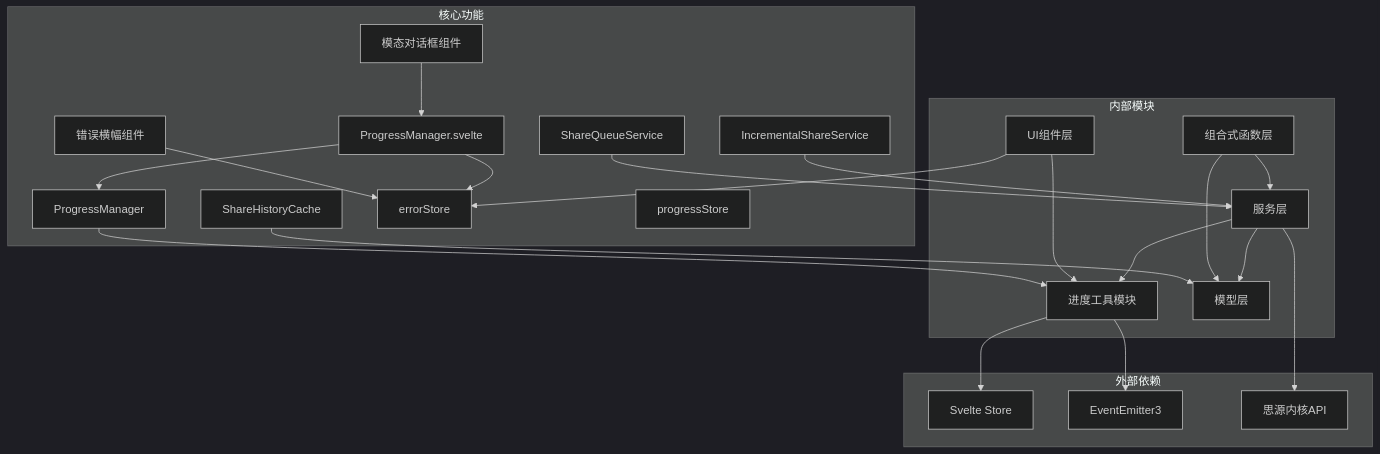
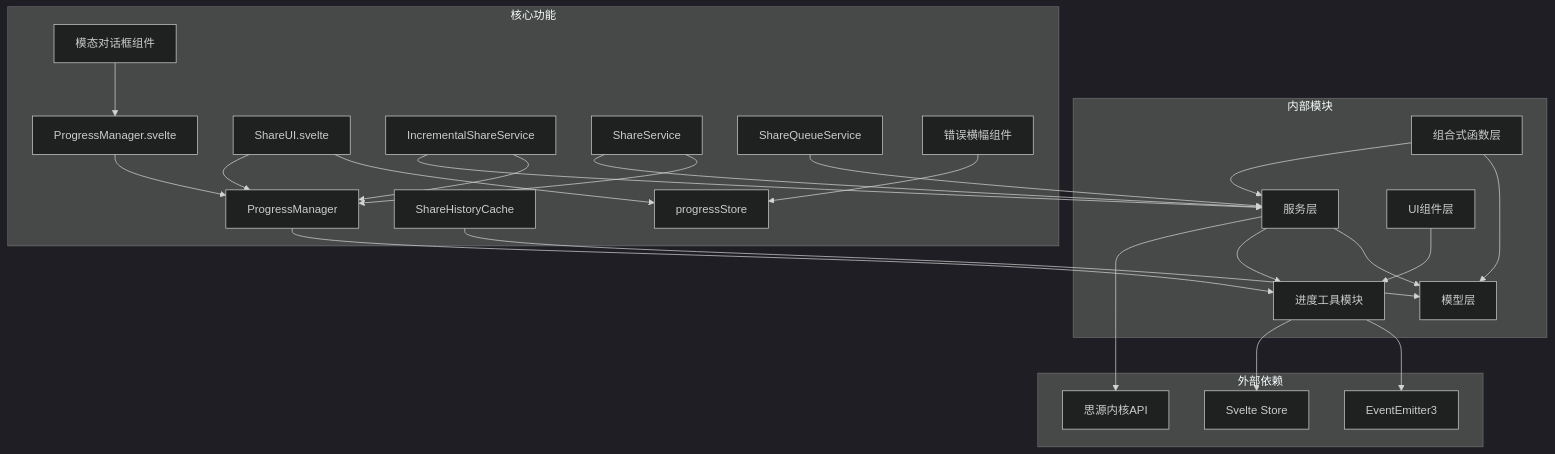
One commit to terwerinc/siyuan-plugin-share-pro changed the tenth of 10 diagrams in .qoder/repowiki/zh/content/Progress Management Enhancements.md. Above: the diagram before and after it, drawn with Mermaid (dark theme). The commit also changed other lines of this file and 5 other files, not shown here.

````diff
--- a/.qoder/repowiki/zh/content/Progress Management Enhancements.md
+++ b/.qoder/repowiki/zh/content/Progress Management Enhancements.md
@@ -548,43 +640,47 @@
 ```mermaid
 graph TB
 subgraph "外部依赖"
 Svelte[Svelte Store]
 EventEmitter[EventEmitter3]
 SiyuanAPI[思源内核API]
 end
 subgraph "内部模块"
 ProgressUtils[进度工具模块]
 ServiceLayer[服务层]
 ModelLayer[模型层]
 ComposableLayer[组合式函数层]
 UIComponents[UI组件层]
 end
 subgraph "核心功能"
 PM[ProgressManager]
 PMSvelte[ProgressManager.svelte]
+ShareUI[ShareUI.svelte]
 ISS[IncrementalShareService]
+SS[ShareService]
 SQS[ShareQueueService]
 SHC[ShareHistoryCache]
-EStore[errorStore]
 PStore[progressStore]
 ErrorBanner[错误横幅组件]
 ModalDialog[模态对话框组件]
 end
 ProgressUtils --> Svelte
 ProgressUtils --> EventEmitter
 ServiceLayer --> SiyuanAPI
 ServiceLayer --> ProgressUtils
 ServiceLayer --> ModelLayer
 ComposableLayer --> ServiceLayer
 ComposableLayer --> ModelLayer
 UIComponents --> ProgressUtils
-UIComponents --> EStore
 PM --> ProgressUtils
 PMSvelte --> PM
-PMSvelte --> EStore
+ShareUI --> PM
+ShareUI --> PStore
 ISS --> ServiceLayer
+ISS --> PM
+SS --> ServiceLayer
+SS --> PM
 SQS --> ServiceLayer
 SHC --> ModelLayer
-ErrorBanner --> EStore
+ErrorBanner --> PStore
 ModalDialog --> PMSvelte
 ```
````
